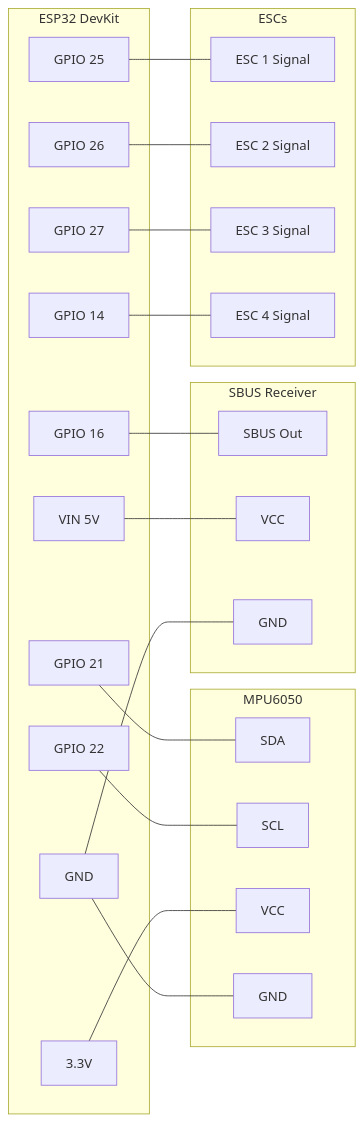
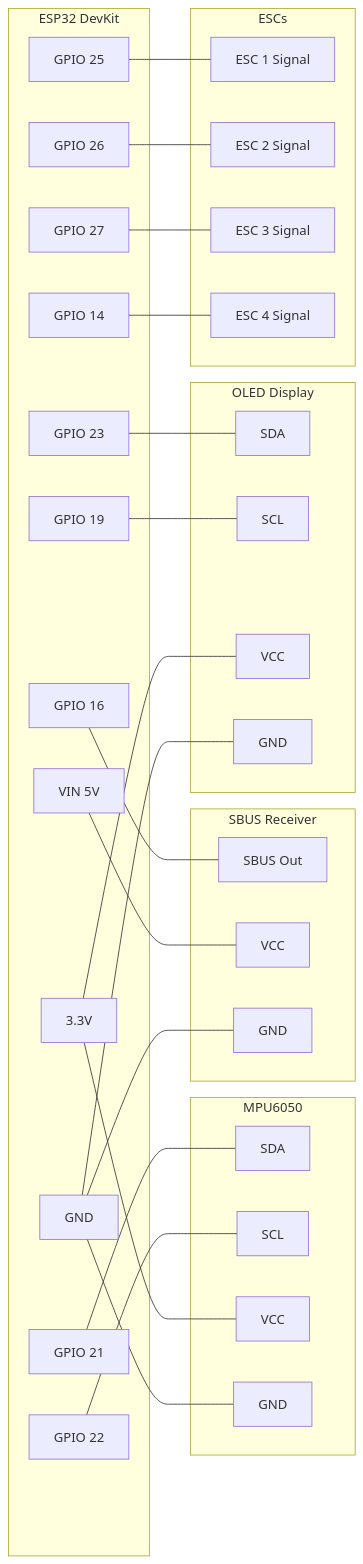
One commit to gndpwnd/floppi changed the diagram in flight_controller/docs/esp32_wiring.md. Above: the diagram before and after it, drawn with Mermaid. The commit also changed other lines of this file and 7 other files, not shown here.

First line of the commit message:
flight_controller: auto-calibration routines, wiring docs, hardware usability roadmap

````diff
--- a/flight_controller/docs/esp32_wiring.md
+++ b/flight_controller/docs/esp32_wiring.md
@@ -9,49 +9,63 @@
 ```mermaid
 flowchart LR
     subgraph ESP["ESP32 DevKit"]
         G21[GPIO 21]
         G22[GPIO 22]
         G16[GPIO 16]
+        G23[GPIO 23]
+        G19[GPIO 19]
         G25[GPIO 25]
         G26[GPIO 26]
         G27[GPIO 27]
         G14[GPIO 14]
         EGND[GND]
         EV33[3.3V]
         EVIN[VIN 5V]
     end
 
     subgraph IMU["MPU6050"]
         ISDA[SDA]
         ISCL[SCL]
         IVCC[VCC]
         IGND[GND]
     end
 
     subgraph RX["SBUS Receiver"]
         RSBUS[SBUS Out]
         RVCC[VCC]
         RGND[GND]
     end
 
+    subgraph OLED["OLED Display"]
+        OSDA[SDA]
+        OSCL[SCL]
+        OVCC[VCC]
+        OGND[GND]
+    end
+
     subgraph Motors["ESCs"]
         M1[ESC 1 Signal]
         M2[ESC 2 Signal]
         M3[ESC 3 Signal]
         M4[ESC 4 Signal]
     end
 
     G21 --- ISDA
     G22 --- ISCL
     EV33 --- IVCC
     EGND --- IGND
 
     G16 --- RSBUS
     EVIN --- RVCC
     EGND --- RGND
 
+    G23 --- OSDA
+    G19 --- OSCL
+    EV33 --- OVCC
+    EGND --- OGND
+
     G25 --- M1
     G26 --- M2
     G27 --- M3
     G14 --- M4
 ```
````
